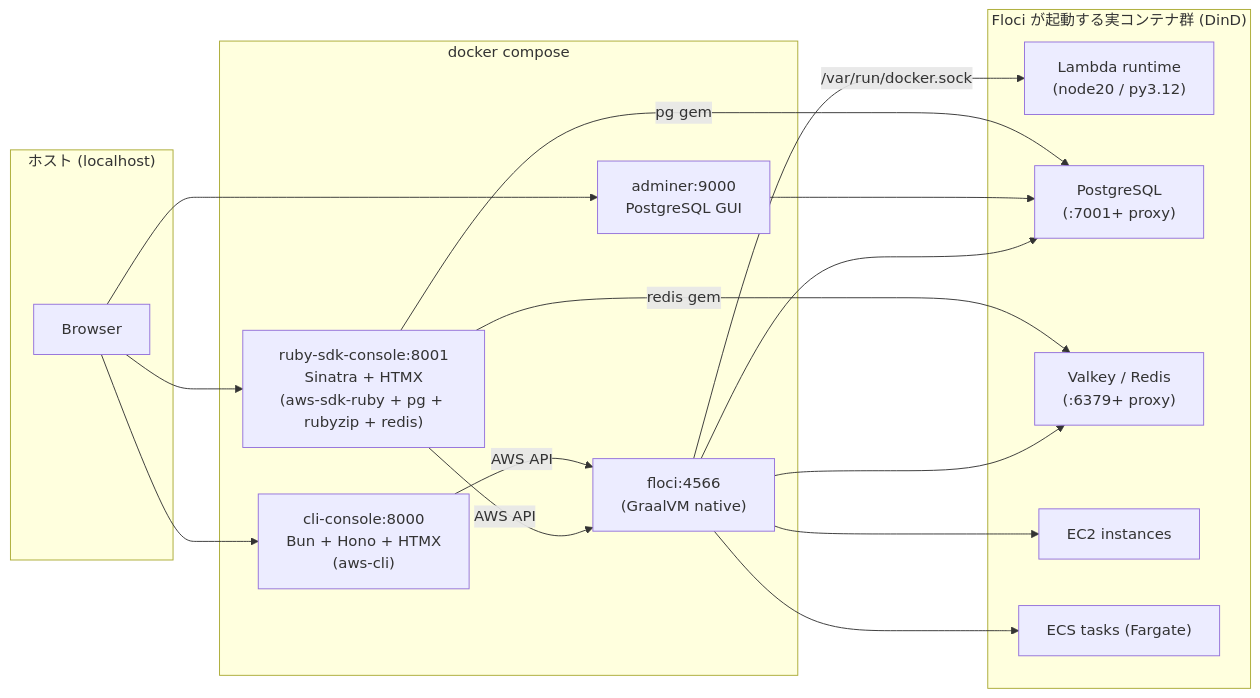
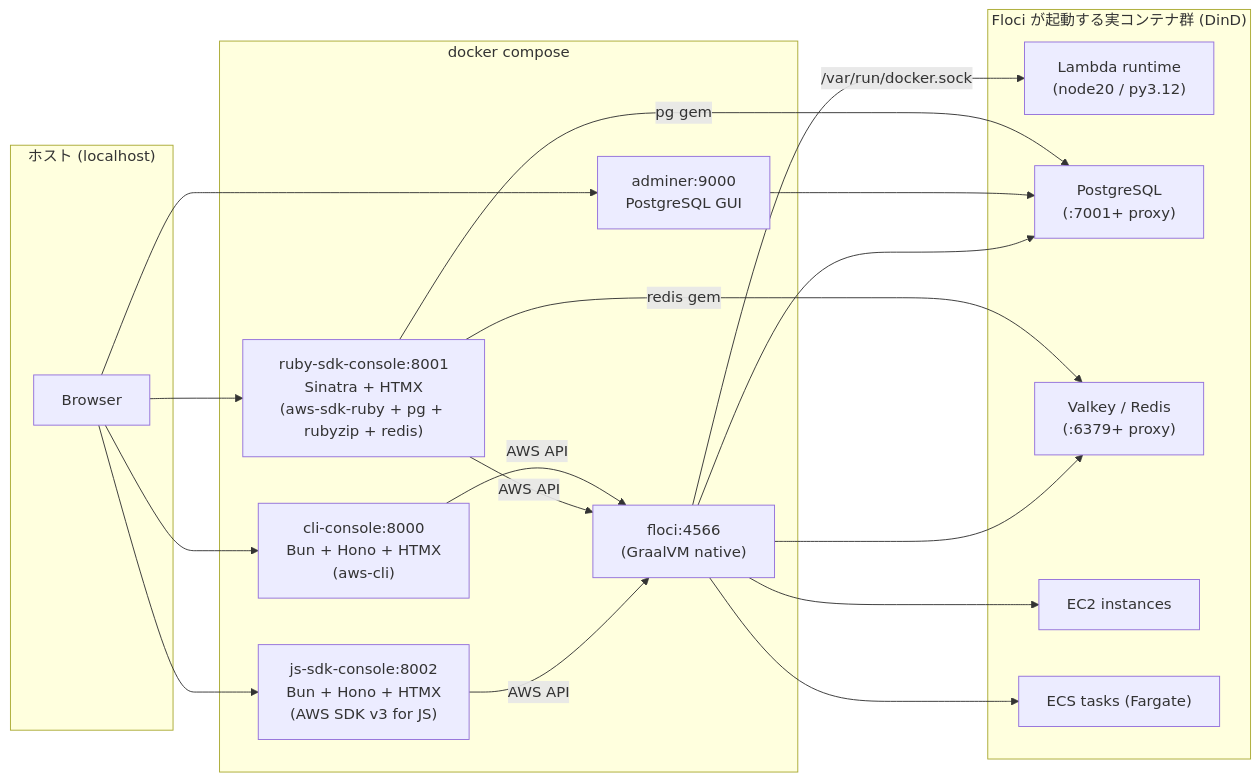
The diagram in README.md (mori-shio/learn-floci), drawn with Mermaid before and after one commit. The commit also changed other lines of this file and 21 other files, not shown here.

````diff
--- a/README.md
+++ b/README.md
@@ -11,35 +11,38 @@
 ```mermaid
 graph LR
   subgraph host["ホスト (localhost)"]
     Browser[Browser]
   end
 
   subgraph compose["docker compose"]
     AC["cli-console:8000<br/>Bun + Hono + HTMX<br/>(aws-cli)"]
     RC["ruby-sdk-console:8001<br/>Sinatra + HTMX<br/>(aws-sdk-ruby + pg + rubyzip + redis)"]
+    JC["js-sdk-console:8002<br/>Bun + Hono + HTMX<br/>(AWS SDK v3 for JS)"]
     AD["adminer:9000<br/>PostgreSQL GUI"]
     F["floci:4566<br/>(GraalVM native)"]
   end
 
   subgraph dind["Floci が起動する実コンテナ群 (DinD)"]
     Lambda["Lambda runtime<br/>(node20 / py3.12)"]
     RDS["PostgreSQL<br/>(:7001+ proxy)"]
     EC["Valkey / Redis<br/>(:6379+ proxy)"]
     EC2["EC2 instances"]
     ECS["ECS tasks (Fargate)"]
   end
 
   Browser --> AC
   Browser --> RC
+  Browser --> JC
   Browser --> AD
   AC -- "AWS API" --> F
   RC -- "AWS API" --> F
+  JC -- "AWS API" --> F
   RC -- "pg gem" --> RDS
   RC -- "redis gem" --> EC
   AD --> RDS
   F -- "/var/run/docker.sock" --> Lambda
   F --> RDS
   F --> EC
   F --> EC2
   F --> ECS
 ```
````
